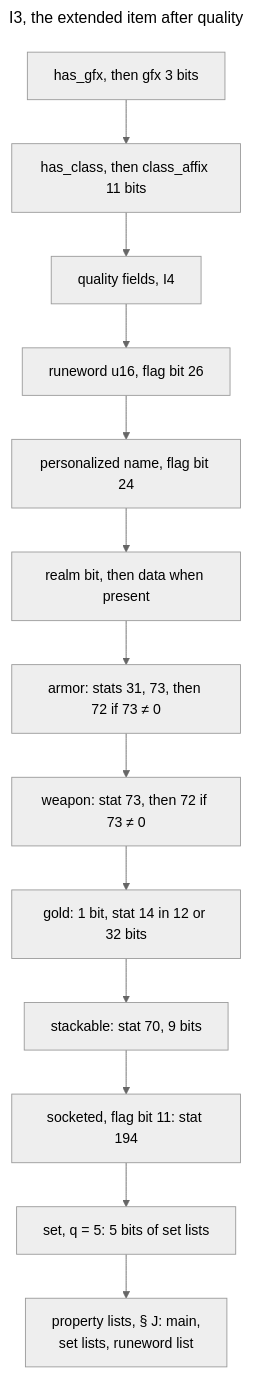
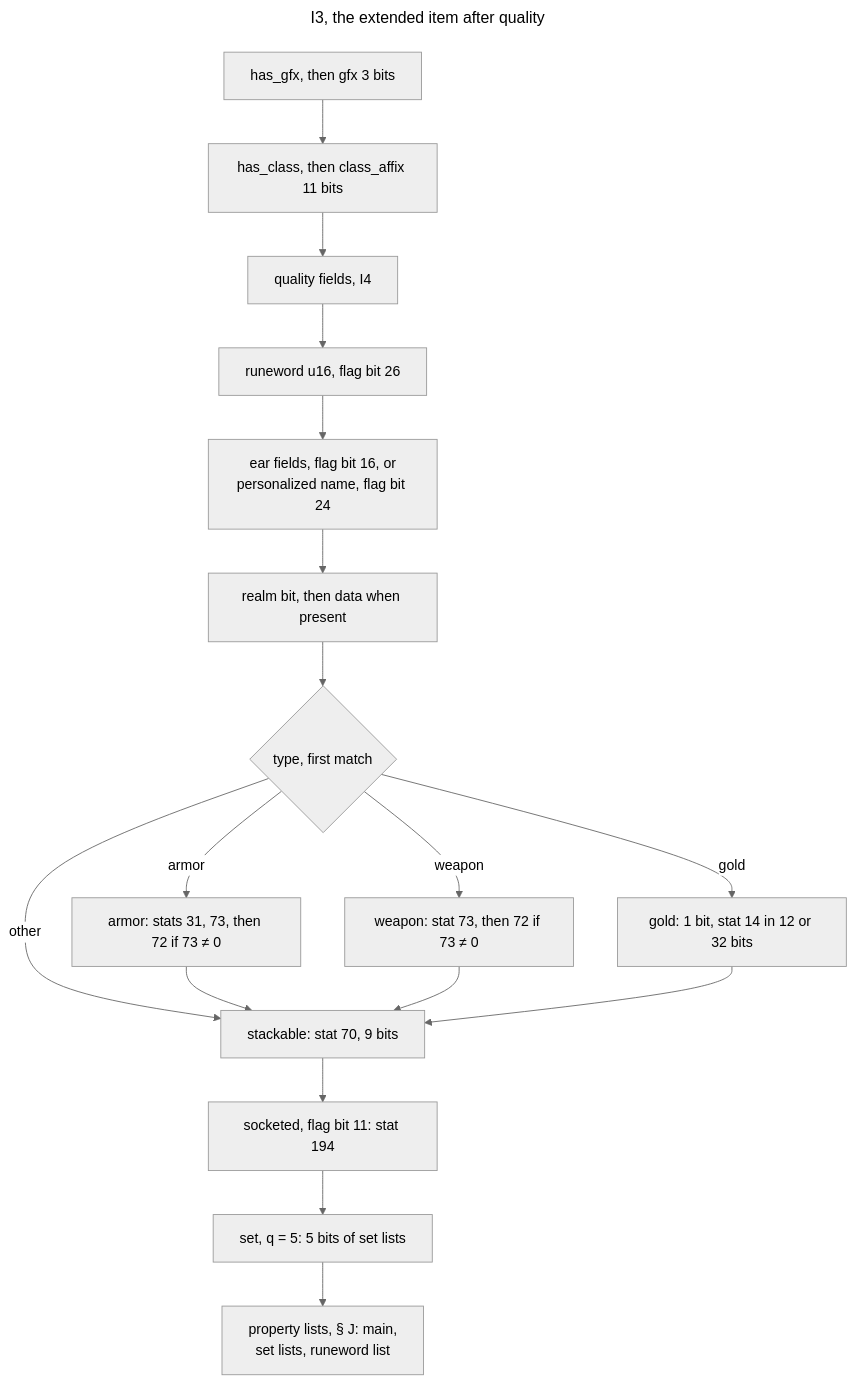
One commit to IgorKonovalov/diablo-2-recompilation changed diagram 11 of 15 in docs/specs/save/d2s.md. Above: the diagram before and after it, drawn with Mermaid (neutral theme). The commit also changed other lines of this file, not shown here.

Commit message:
docs(specs): save/d2s from save/0001 §8: unsigned clamp, followers without ValShift, fixed fields, has_class, modes 3/5, ears, merc header order, bit 13 (plan 0015 Phase 5)

````diff
--- a/docs/specs/save/d2s.md
+++ b/docs/specs/save/d2s.md
@@ -524,18 +531,20 @@
 ```mermaid
 ---
 title: "I3, the extended item after quality"
 ---
 flowchart TD
   gfx["has_gfx, then gfx 3 bits"] --> cls["has_class, then class_affix 11 bits"]
   cls --> qf["quality fields, I4"]
   qf --> rw["runeword u16, flag bit 26"]
-  rw --> pn["personalized name, flag bit 24"]
+  rw --> pn["ear fields, flag bit 16, or<br/>personalized name, flag bit 24"]
   pn --> rl["realm bit, then data when present"]
-  rl --> ar["armor: stats 31, 73, then 72 if 73 ≠ 0"]
-  ar --> wp["weapon: stat 73, then 72 if 73 ≠ 0"]
-  wp --> gd["gold: 1 bit, stat 14 in 12 or 32 bits"]
-  gd --> qt["stackable: stat 70, 9 bits"]
+  rl --> ty{"type, first match"}
+  ty -->|armor| ar["armor: stats 31, 73, then 72 if 73 ≠ 0"]
+  ty -->|weapon| wp["weapon: stat 73, then 72 if 73 ≠ 0"]
+  ty -->|gold| gd["gold: 1 bit, stat 14 in 12 or 32 bits"]
+  ty -->|other| qt
+  ar & wp & gd --> qt["stackable: stat 70, 9 bits"]
   qt --> sk["socketed, flag bit 11: stat 194"]
   sk --> st["set, q = 5: 5 bits of set lists"]
   st --> pl["property lists, § J: main,<br/>set lists, runeword list"]
 ```
````
